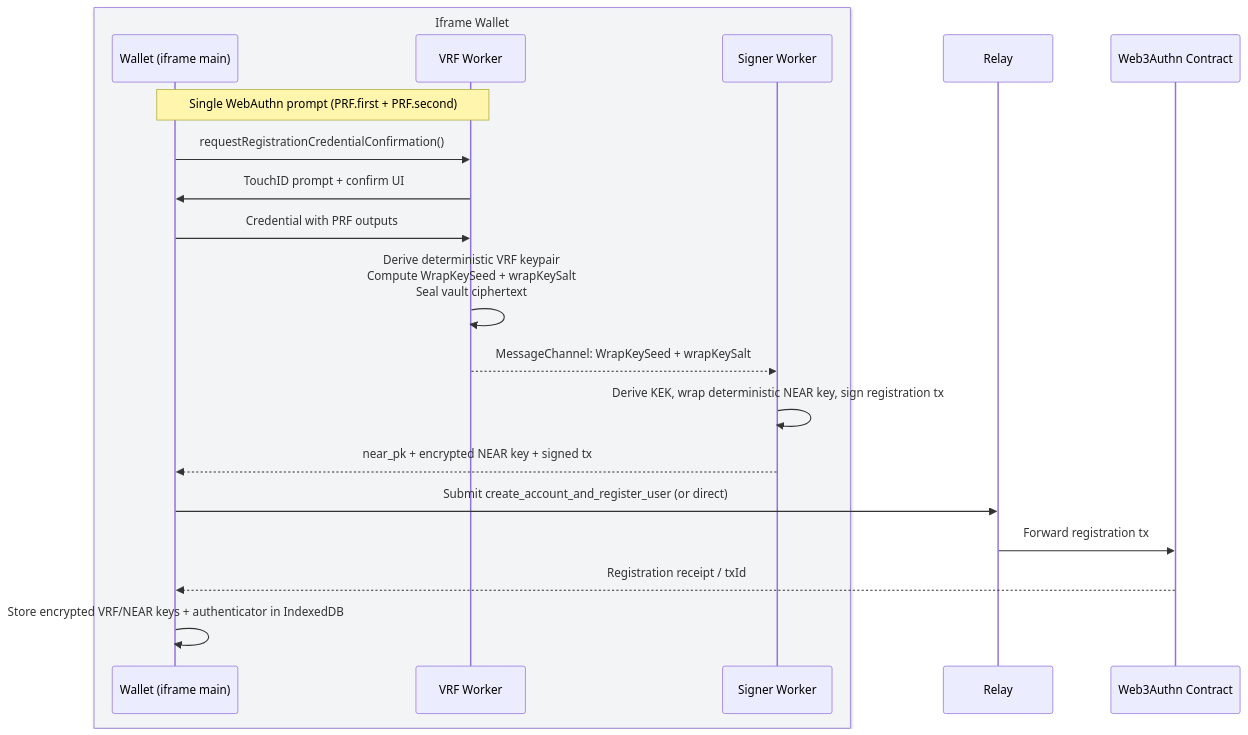
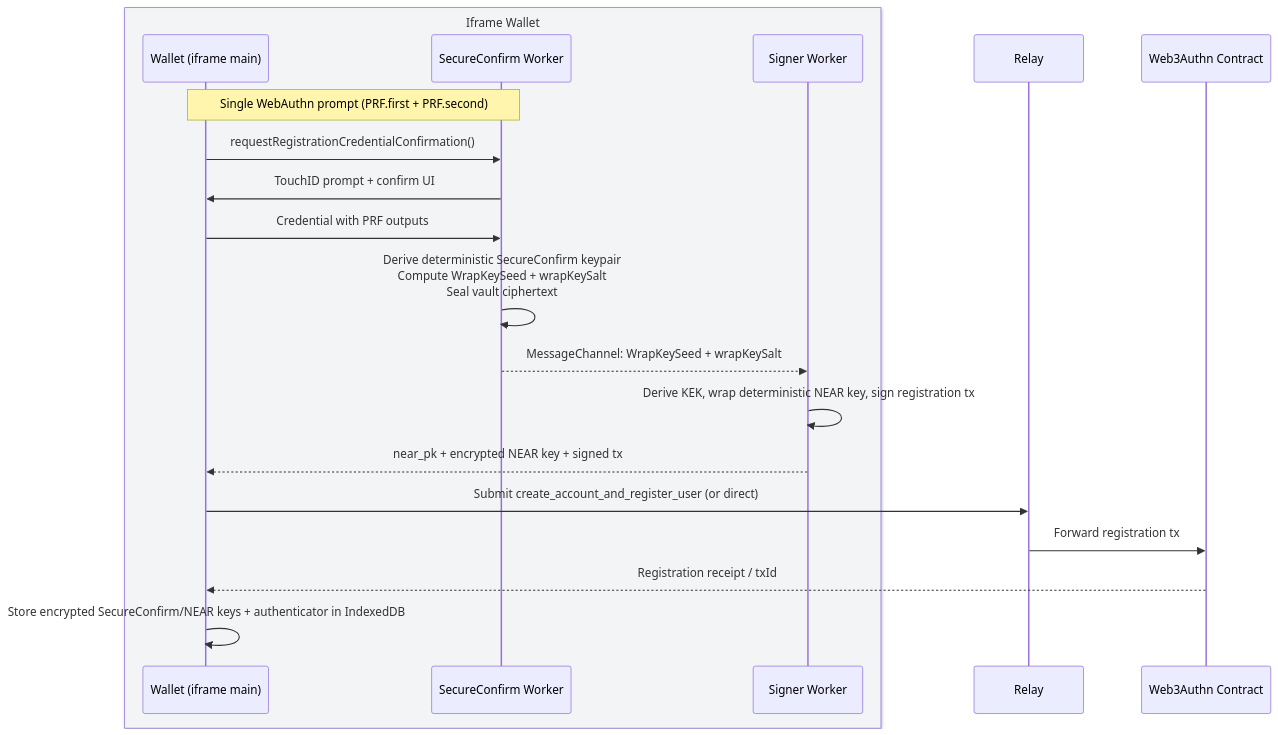
Before and after one commit to peitalin/simple-threshold-signer: the first of 5 diagrams in examples/tatchi-docs/src/docs/concepts/architecture.md, drawn with Mermaid. The commit also changed other lines of this file and 242 other files, not shown here.

````diff
--- a/examples/tatchi-docs/src/docs/concepts/architecture.md
+++ b/examples/tatchi-docs/src/docs/concepts/architecture.md
@@ -50,23 +50,23 @@
 ```mermaid
 sequenceDiagram
     box rgb(243, 244, 246) Iframe Wallet
     participant UI as Wallet (iframe main)
-    participant VRF as VRF Worker
+    participant SecureConfirm as SecureConfirm Worker
     participant Signer as Signer Worker
     end
     participant Relay as Relay
     participant Contract as Web3Authn Contract
 
-    Note over UI,VRF: Single WebAuthn prompt (PRF.first + PRF.second)
-    UI->>VRF: requestRegistrationCredentialConfirmation()
-    VRF->>UI: TouchID prompt + confirm UI
-    UI->>VRF: Credential with PRF outputs
-    VRF->>VRF: Derive deterministic VRF keypair<br/>Compute WrapKeySeed + wrapKeySalt<br/>Seal vault ciphertext
-    VRF-->>Signer: MessageChannel: WrapKeySeed + wrapKeySalt
+    Note over UI,SecureConfirm: Single WebAuthn prompt (PRF.first + PRF.second)
+    UI->>SecureConfirm: requestRegistrationCredentialConfirmation()
+    SecureConfirm->>UI: TouchID prompt + confirm UI
+    UI->>SecureConfirm: Credential with PRF outputs
+    SecureConfirm->>SecureConfirm: Derive deterministic SecureConfirm keypair<br/>Compute WrapKeySeed + wrapKeySalt<br/>Seal vault ciphertext
+    SecureConfirm-->>Signer: MessageChannel: WrapKeySeed + wrapKeySalt
     Signer->>Signer: Derive KEK, wrap deterministic NEAR key, sign registration tx
     Signer-->>UI: near_pk + encrypted NEAR key + signed tx
     UI->>Relay: Submit create_account_and_register_user (or direct)
     Relay->>Contract: Forward registration tx
     Contract-->>UI: Registration receipt / txId
-    UI->>UI: Store encrypted VRF/NEAR keys + authenticator in IndexedDB
+    UI->>UI: Store encrypted SecureConfirm/NEAR keys + authenticator in IndexedDB
 ```
````
